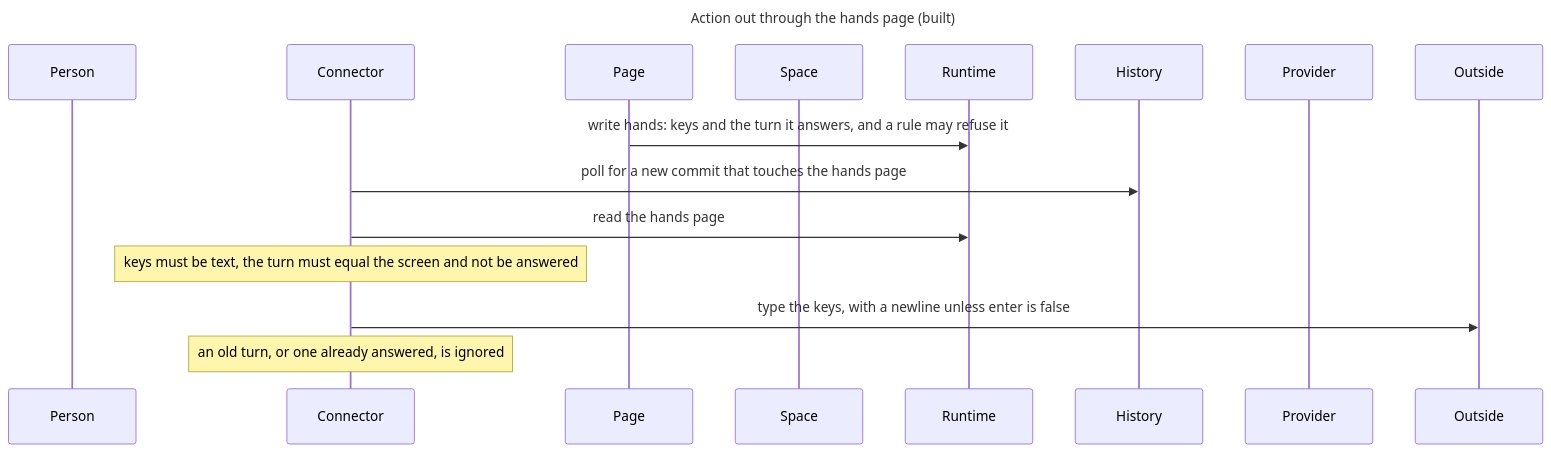
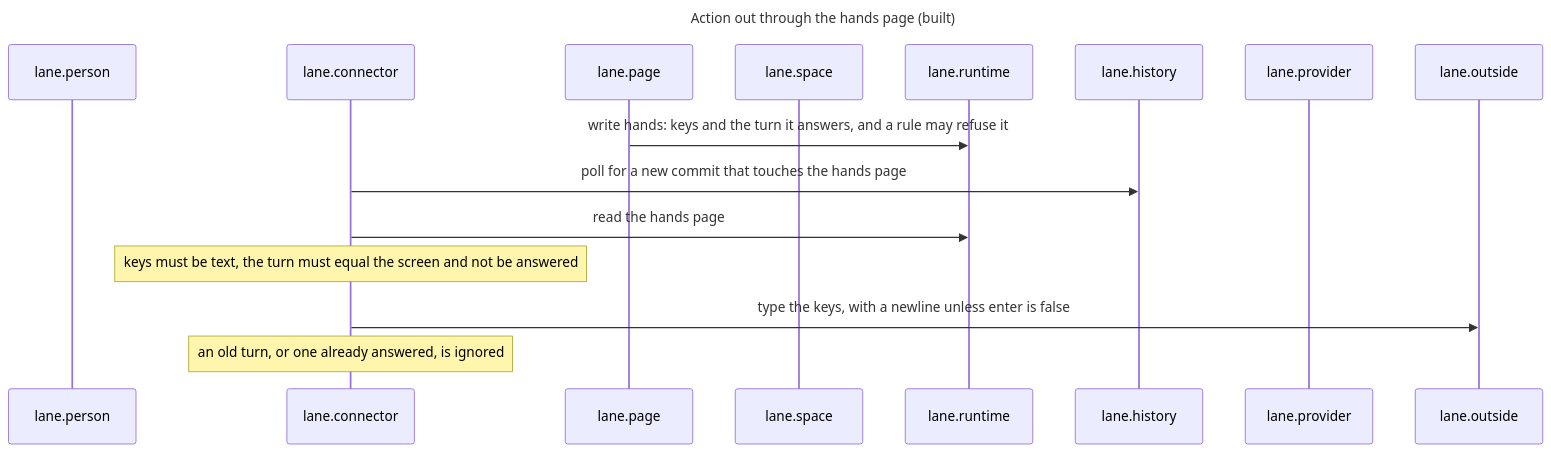
One commit to drksci/conky changed the ninth of 29 diagrams in docs/reference/architecture.md. Above: the diagram before and after it, drawn with Mermaid. The commit also changed other lines of this file and 84 other files, not shown here.

First line of the commit message:
refactor: give every part of the architecture a dotted name

````diff
--- a/docs/reference/architecture.md
+++ b/docs/reference/architecture.md
@@ -500,20 +518,20 @@
 ```mermaid
 ---
 title: Action out through the hands page (built)
 ---
 sequenceDiagram
-    participant Person
-    participant Connector
-    participant Page
-    participant Space
-    participant Runtime
-    participant History
-    participant Provider
-    participant Outside
-    Page->>Runtime: write hands: keys and the turn it answers, and a rule may refuse it
-    Connector->>History: poll for a new commit that touches the hands page
-    Connector->>Runtime: read the hands page
-    Note over Connector: keys must be text, the turn must equal the screen and not be answered
-    Connector->>Outside: type the keys, with a newline unless enter is false
-    Note over Connector: an old turn, or one already answered, is ignored
+    participant lane.person
+    participant lane.connector
+    participant lane.page
+    participant lane.space
+    participant lane.runtime
+    participant lane.history
+    participant lane.provider
+    participant lane.outside
+    lane.page->>lane.runtime: write hands: keys and the turn it answers, and a rule may refuse it
+    lane.connector->>lane.history: poll for a new commit that touches the hands page
+    lane.connector->>lane.runtime: read the hands page
+    Note over lane.connector: keys must be text, the turn must equal the screen and not be answered
+    lane.connector->>lane.outside: type the keys, with a newline unless enter is false
+    Note over lane.connector: an old turn, or one already answered, is ignored
 ```
````
